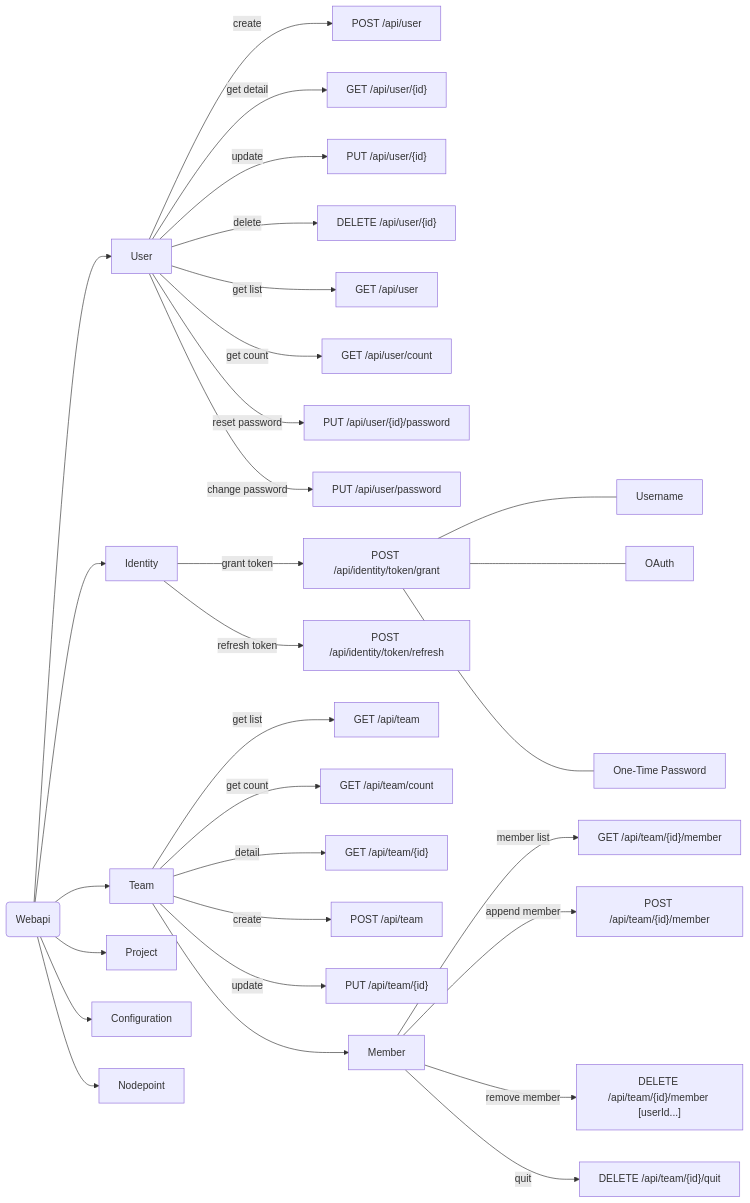
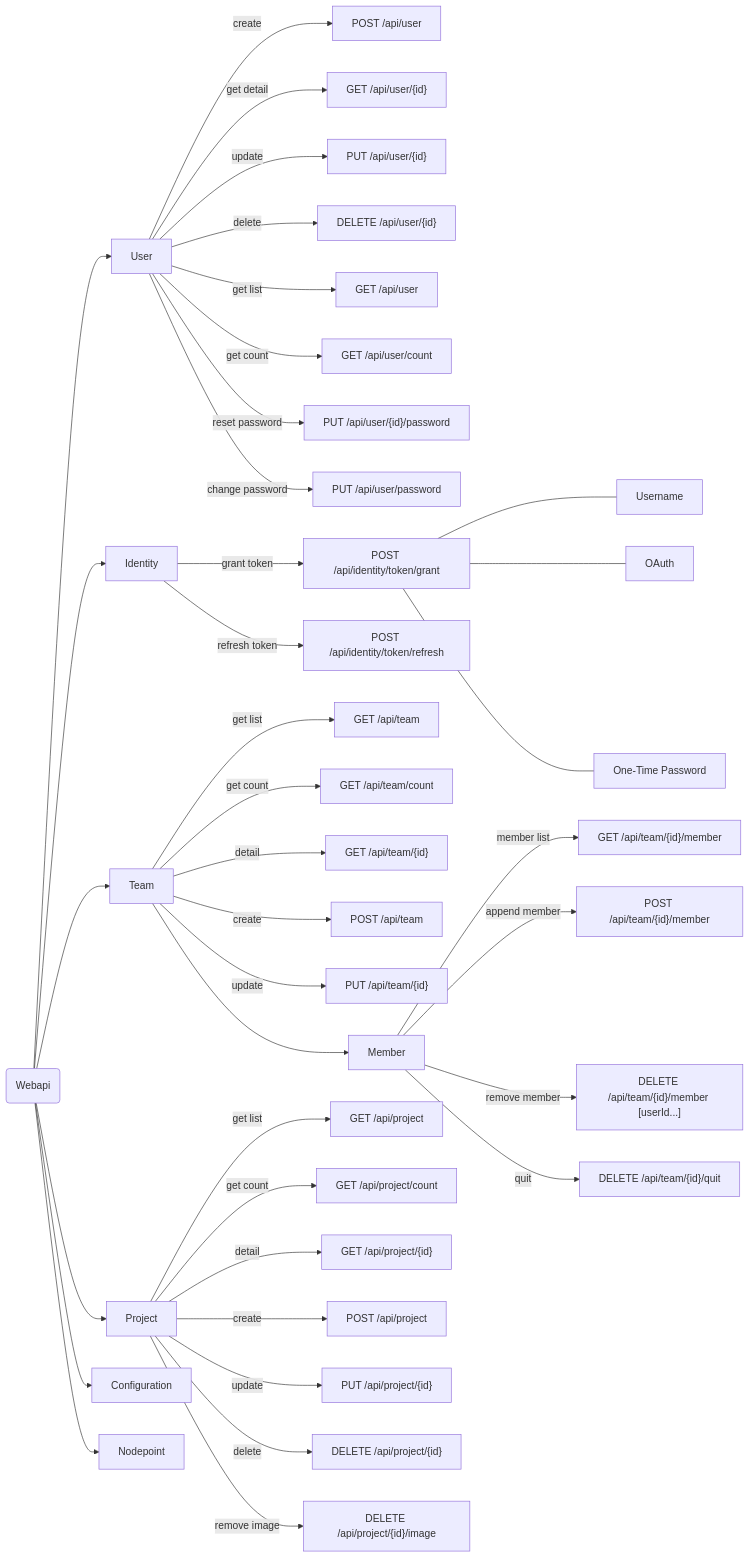
The second of 2 diagrams in Source/README.md (StarfishConfig/Server), drawn with Mermaid before and after one commit. The commit also changed other lines of this file, not shown here.

Commit message:
Enhance README.md with improved formatting and add Project API endpoints

````diff
--- a/Source/README.md
+++ b/Source/README.md
@@ -40,38 +53,45 @@
 ```mermaid
 graph LR
 Webapi(Webapi) --> User["User"]
 	User --create--> User.Create["POST /api/user"]
 	User --get detail--> User.Detail["GET /api/user/{id}"]
 	User --update--> User.Update["PUT /api/user/{id}"]
 	User --delete--> User.Delete["DELETE /api/user/{id}"]
 	User --get list--> User.Query["GET /api/user"]
 	User --get count--> User.Count["GET /api/user/count"]
 	User --reset password--> User.ResetPassword["PUT /api/user/{id}/password"]
 	User --change password--> User.ChangePassword["PUT /api/user/password"]
 
 Webapi --> Identity["Identity"]
   Identity --grant token--> AuthGrantToken["POST /api/identity/token/grant"]
     AuthGrantToken --- GrantWithUsername["Username"]
     AuthGrantToken --- GrantWithOAuth["OAuth"]
     AuthGrantToken --- GrantWithOTP["One-Time Password"]
   Identity --refresh token--> AuthRefreshToken["POST /api/identity/token/refresh"]
   
 Webapi --> Team["Team"]
 	Team --get list--> Team.Query["GET /api/team"]
 	Team --get count--> Team.Count["GET /api/team/count"]
 	Team --detail--> Team.Detail["GET /api/team/{id}"]
 	Team --create--> Team.Create["POST /api/team"]
 	Team --update--> Team.Update["PUT /api/team/{id}"]
 	Team --> Team.Member["Member"]
 		Team.Member --member list--> Team.Member.Query["GET /api/team/{id}/member"]
 		Team.Member --append member--> Team.Member.Append["POST /api/team/{id}/member"]
 		Team.Member --remove member--> Team.Member.Remove["DELETE /api/team/{id}/member [userId...]"]
 		Team.Member --quit--> Team.Member.Quit["DELETE /api/team/{id}/quit"]
 
 Webapi --> Project["Project"]
+    Project --get list--> Project.Query["GET /api/project"]
+    Project --get count--> Project.Count["GET /api/project/count"]
+    Project --detail--> Project.Detail["GET /api/project/{id}"]
+    Project --create--> Project.Create["POST /api/project"]
+    Project --update--> Project.Update["PUT /api/project/{id}"]
+    Project --delete--> Project.Delete["DELETE /api/project/{id}"]
+    Project --remove image--> Project.RemoveImage["DELETE /api/project/{id}/image"]
 
 Webapi --> Config["Configuration"]
 
 Webapi --> Nodepoint["Nodepoint"]
 
 ```
````
